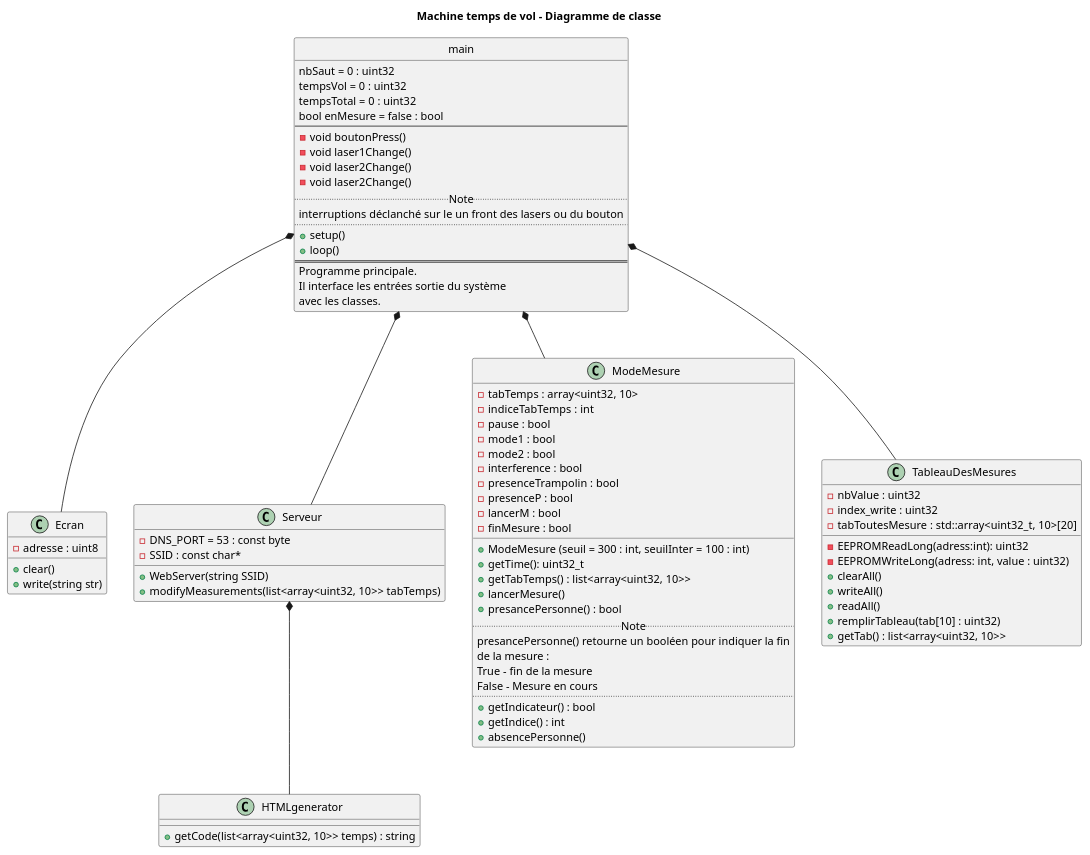
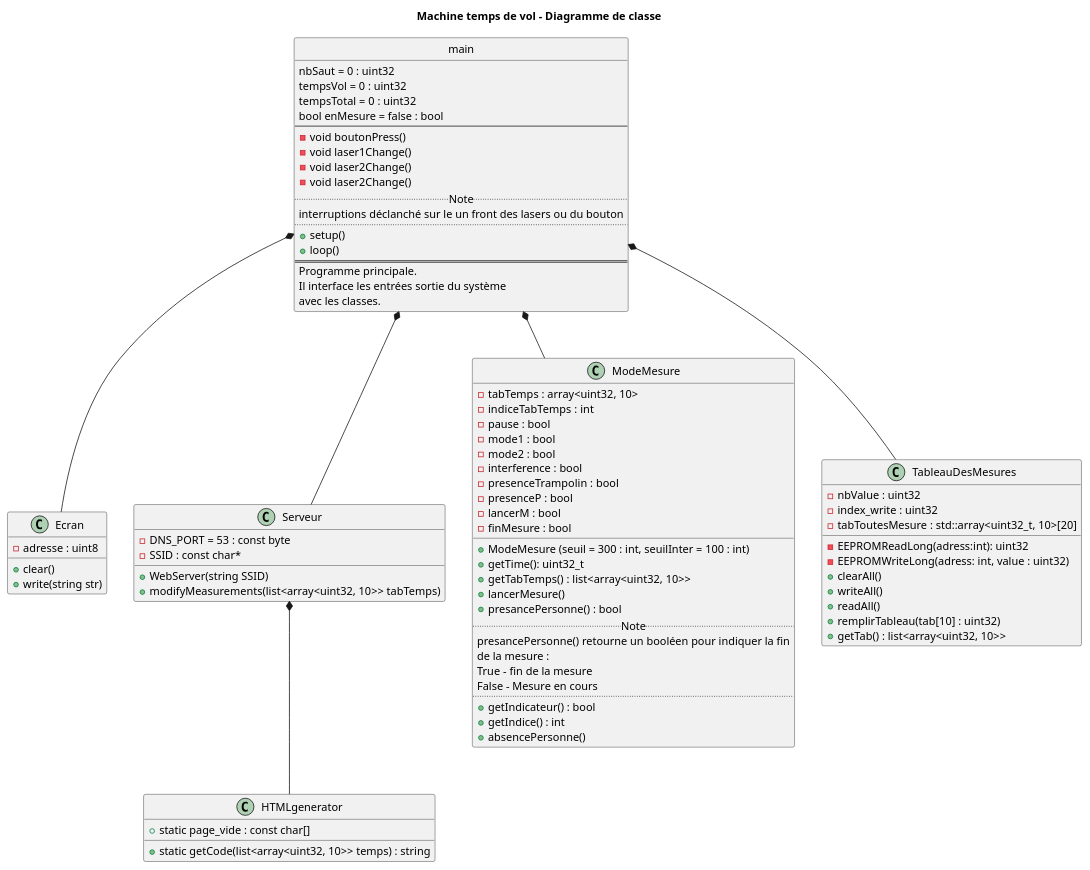
The diagram in data/ClassDiagram.puml (alexdesaint/TER), drawn with PlantUML before and after one commit. The commit also changed 3 other files, not shown here.

```diff
--- a/data/ClassDiagram.puml
+++ b/data/ClassDiagram.puml
@@ -1,93 +1,94 @@
 @startuml
 
 title Machine temps de vol - Diagramme de classe
 
 class Ecran { 
     -adresse : uint8
     +clear()
     +write(string str)
 }
 
 class HTMLgenerator { 
-    +getCode(list<array<uint32, 10>> temps) : string 
+    +static page_vide : const char[]
+    +static getCode(list<array<uint32, 10>> temps) : string 
 }
 
 class Serveur {
     -DNS_PORT = 53 : const byte
     -SSID : const char* 
     +WebServer(string SSID)
     +modifyMeasurements(list<array<uint32, 10>> tabTemps)
 }
 
 class ModeMesure{
     -tabTemps : array<uint32, 10>
     -indiceTabTemps : int
     -pause : bool
     -mode1 : bool
     -mode2 : bool
     -interference : bool
     -presenceTrampolin : bool
     -presenceP : bool 
     -lancerM : bool 
     -finMesure : bool 
     __
     +ModeMesure (seuil = 300 : int, seuilInter = 100 : int)
     +getTime(): uint32_t 
     +getTabTemps() : list<array<uint32, 10>>
     +lancerMesure()
     +presancePersonne() : bool
     .. Note ..
     presancePersonne() retourne un booléen pour indiquer la fin
     de la mesure :
     True - fin de la mesure
     False - Mesure en cours
     ..
     +getIndicateur() : bool
     +getIndice() : int
     +absencePersonne()
 }
 
 class TableauDesMesures{
     -nbValue : uint32
     -index_write : uint32
     -tabToutesMesure : std::array<uint32_t, 10>[20]
     -EEPROMReadLong(adress:int): uint32
     -EEPROMWriteLong(adress: int, value : uint32)
     +clearAll()
     +writeAll()
     +readAll()
     +remplirTableau(tab[10] : uint32)
     +getTab() : list<array<uint32, 10>>
 }
 
 class main {
     nbSaut = 0 : uint32
     tempsVol = 0 : uint32
     tempsTotal = 0 : uint32
     bool enMesure = false : bool
     --
     -void boutonPress()
     -void laser1Change()
     -void laser2Change()
     -void laser2Change()
     .. Note ..
     interruptions déclanché sur le un front des lasers ou du bouton
     ..
     +setup()
     +loop()
     ==
     Programme principale.
     Il interface les entrées sortie du système
     avec les classes.
 }
 
 Serveur*--HTMLgenerator
 
 main*--Ecran
 main*--Serveur
 main*--ModeMesure
 main*--TableauDesMesures
 
 hide main circle
 
 @enduml
```
